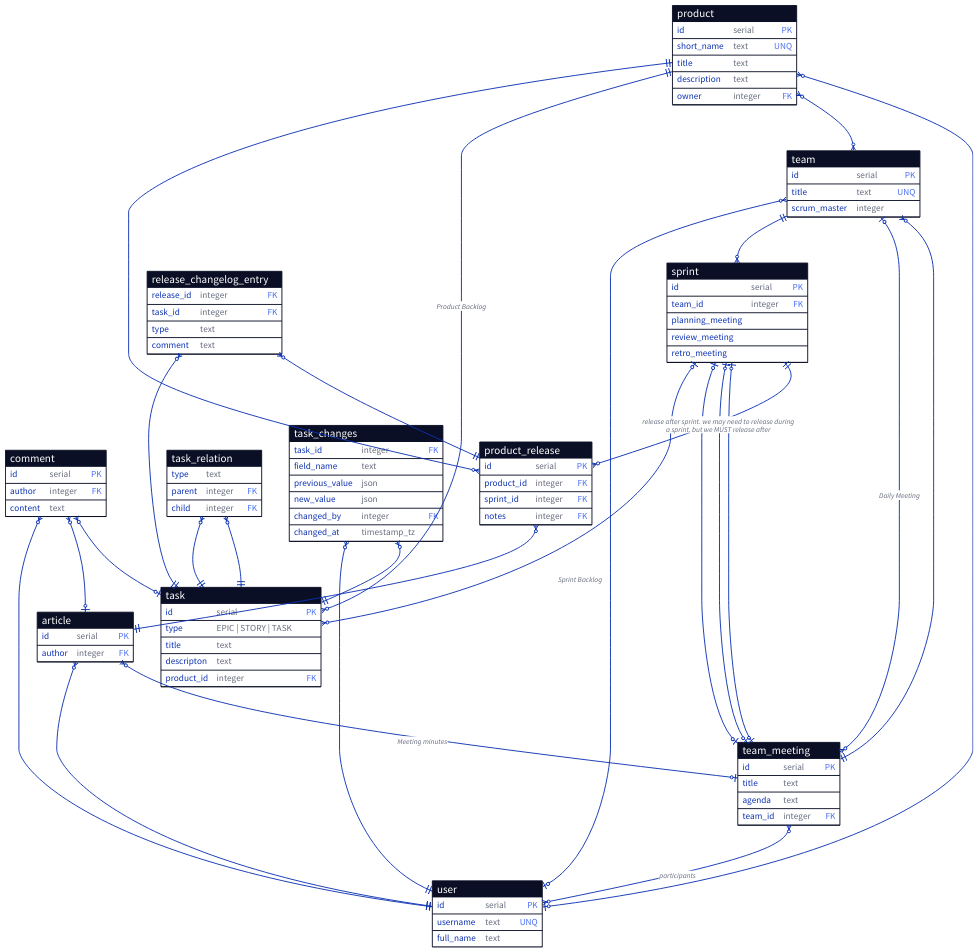
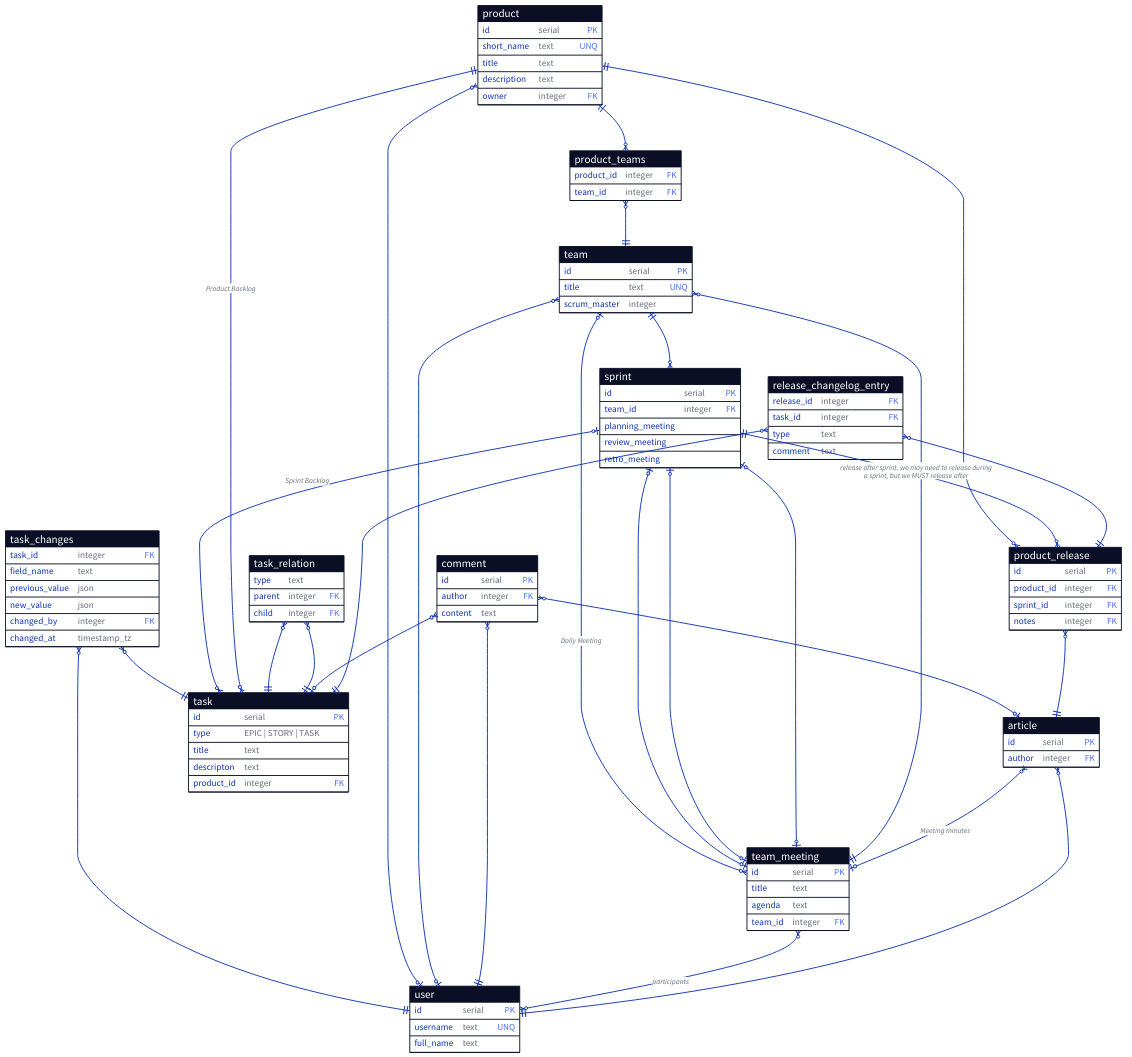
One commit to forafox/Zadachnik changed the diagram in docs/datalogical.d2. Above: the diagram before and after it, drawn with D2.

Commit message:
expand m2m

```diff
--- a/docs/datalogical.d2
+++ b/docs/datalogical.d2
@@ -239,15 +239,6 @@
   }
 }
 
-product <-> team: {
-  source-arrowhead: {
-    shape: cf-many
-  }
-  target-arrowhead: {
-    shape: cf-many
-  }
-}
-
 task: {
   shape: sql_table
   id: serial {constraint: primary_key}
@@ -320,6 +311,7 @@
     shape: cf-many
   }
 }
+
 task_changes.changed_by <-> user: {
   target-arrowhead: {
     shape: cf-one-required
@@ -328,3 +320,27 @@
     shape: cf-many
   }
 }
+
+product_teams: {
+  shape: sql_table
+  product_id: integer {constraint: foreign_key}
+  team_id: integer {constraint: foreign_key}
+}
+
+product <-> product_teams.team_id: {
+  target-arrowhead: {
+    shape: cf-many
+  }
+  source-arrowhead: {
+    shape: cf-one-required
+  }
+}
+
+product_teams.product_id <-> team: {
+  target-arrowhead: {
+    shape: cf-one-required
+  }
+  source-arrowhead: {
+    shape: cf-many
+  }
+}
```
